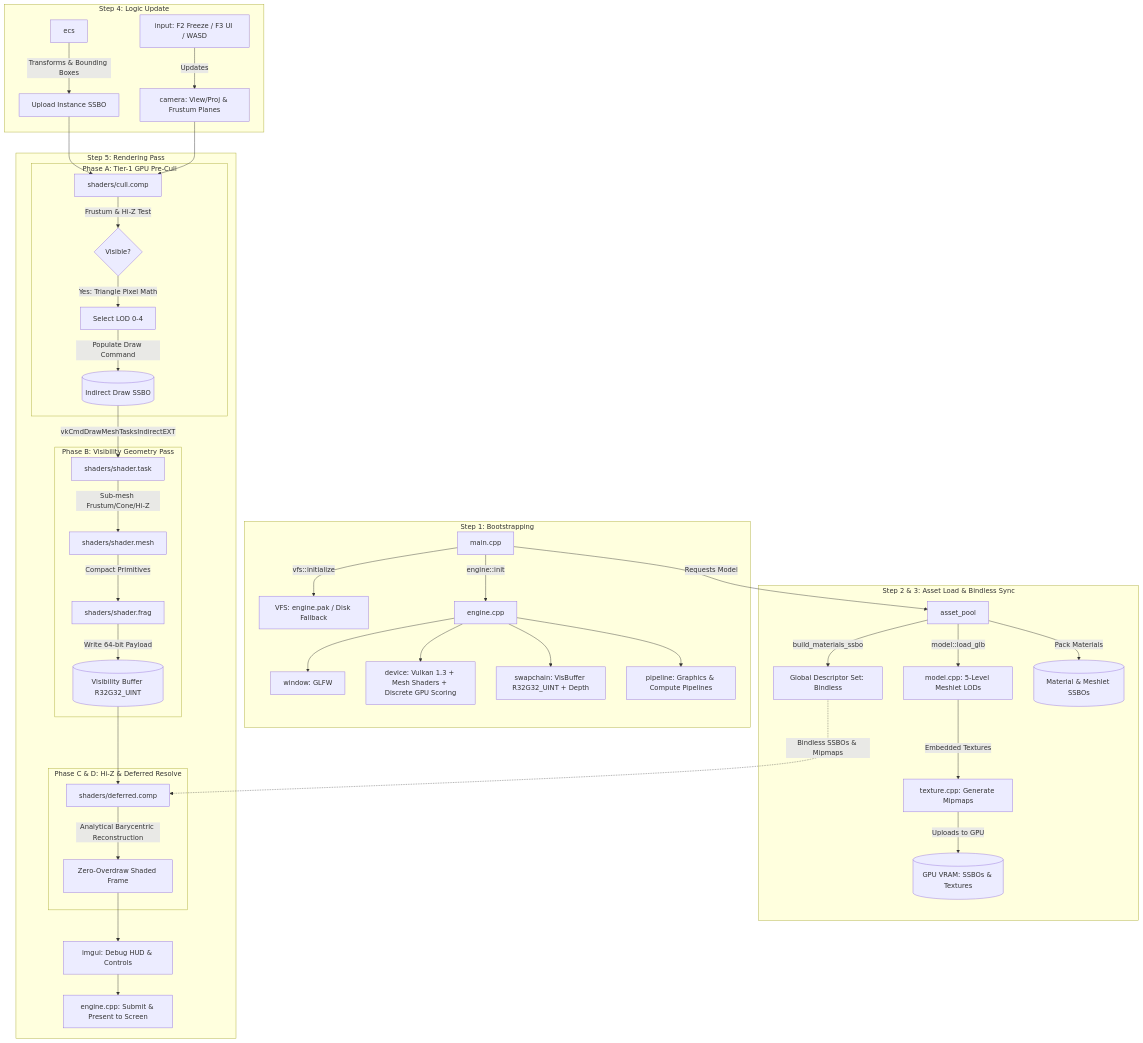
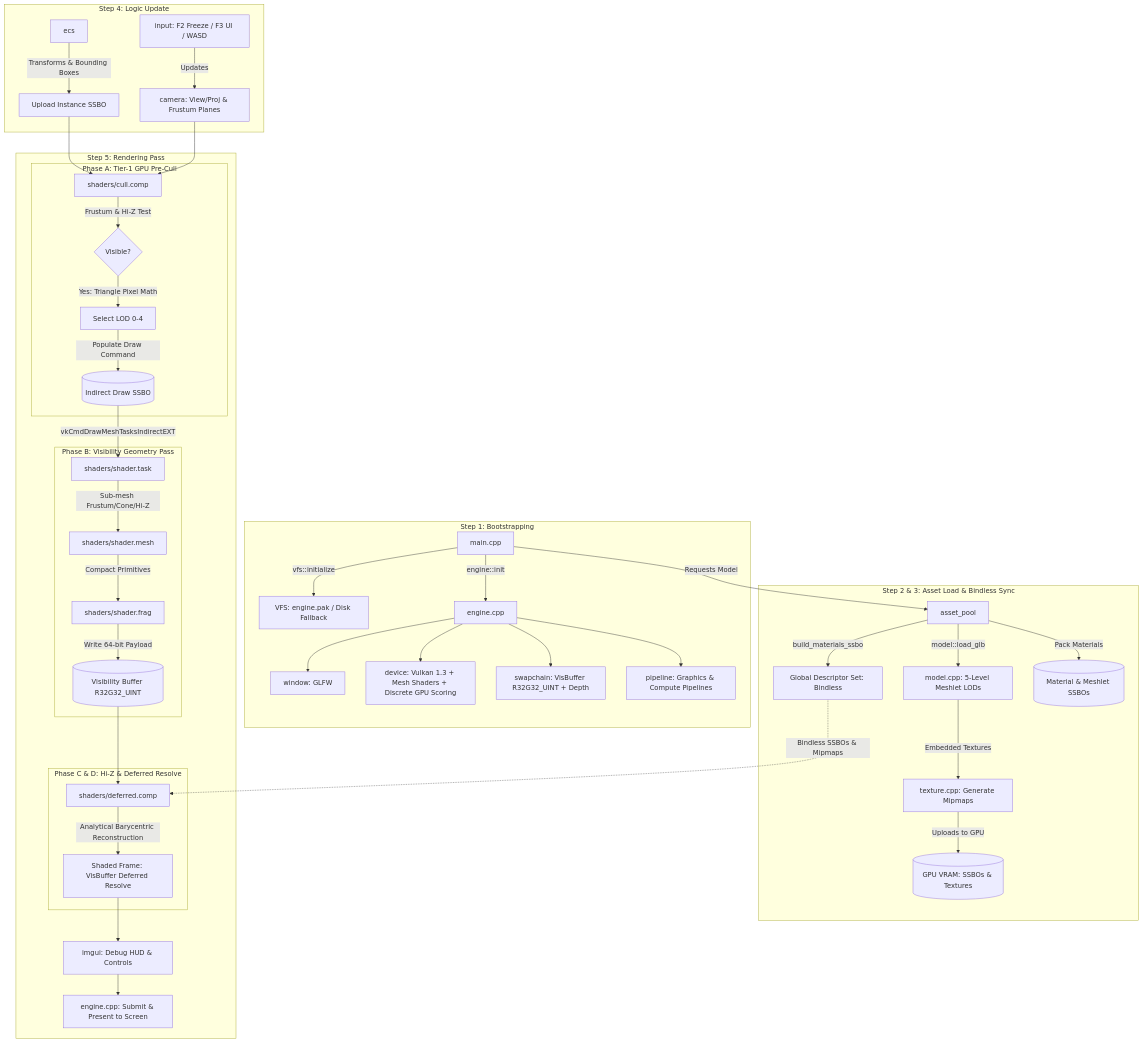
Before and after one commit to maksim-sterkis/MaksimEngine-Showcase: the diagram in flow.md, drawn with Mermaid. The commit also changed 3 other files, not shown here.

````diff
--- a/flow.md
+++ b/flow.md
@@ -1,59 +1,59 @@
 ```mermaid
 graph TD
     %% Step 1
     subgraph Step 1: Bootstrapping
         Main1[main.cpp] -->|vfs::initialize| VFS[VFS: engine.pak / Disk Fallback]
         Main1 -->|engine::init| Engine[engine.cpp]
         Engine --> Win[window: GLFW]
         Engine --> Dev[device: Vulkan 1.3 + Mesh Shaders + Discrete GPU Scoring]
         Engine --> Swap[swapchain: VisBuffer R32G32_UINT + Depth]
         Engine --> Pipe[pipeline: Graphics & Compute Pipelines]
     end
 
     %% Step 2 & 3
     subgraph Step 2 & 3: Asset Load & Bindless Sync
         Main1 -->|Requests Model| Pool[asset_pool]
         Pool -->|model::load_glb| Mod[model.cpp: 5-Level Meshlet LODs]
         Mod -->|Embedded Textures| Tex[texture.cpp: Generate Mipmaps]
         Tex -->|Uploads to GPU| VRAM[(GPU VRAM: SSBOs & Textures)]
         
         Pool -->|build_materials_ssbo| Desc[Global Descriptor Set: Bindless]
         Pool -->|Pack Materials| SSBO[(Material & Meshlet SSBOs)]
     end
 
     %% Step 4
     subgraph Step 4: Logic Update
         Inp[input: F2 Freeze / F3 UI / WASD] -->|Updates| Cam[camera: View/Proj & Frustum Planes]
         ECS[ecs] -->|Transforms & Bounding Boxes| Instances[Upload Instance SSBO]
     end
 
     %% Step 5
     subgraph Step 5: Rendering Pass
         %% Phase A
         subgraph Phase A: Tier-1 GPU Pre-Cull
             Instances --> CullComp[shaders/cull.comp]
             Cam --> CullComp
             CullComp -->|Frustum & Hi-Z Test| CullDecide{Visible?}
             CullDecide -->|Yes: Triangle Pixel Math| PickLOD[Select LOD 0-4]
             PickLOD -->|Populate Draw Command| IndBuffer[(Indirect Draw SSBO)]
         end
 
         %% Phase B
         subgraph Phase B: Visibility Geometry Pass
             IndBuffer -->|vkCmdDrawMeshTasksIndirectEXT| TaskSh[shaders/shader.task]
             TaskSh -->|Sub-mesh Frustum/Cone/Hi-Z| MeshSh[shaders/shader.mesh]
             MeshSh -->|Compact Primitives| FragSh[shaders/shader.frag]
             FragSh -->|Write 64-bit Payload| VisBuf[(Visibility Buffer R32G32_UINT)]
         end
 
         %% Phase C & D
         subgraph Phase C & D: Hi-Z & Deferred Resolve
             VisBuf --> DefComp[shaders/deferred.comp]
             Desc -.->|Bindless SSBOs & Mipmaps| DefComp
-            DefComp -->|Analytical Barycentric Reconstruction| ZeroOverdraw[Zero-Overdraw Shaded Frame]
+            DefComp -->|Analytical Barycentric Reconstruction| ShadedFrame[Shaded Frame: VisBuffer Deferred Resolve]
         end
 
-        ZeroOverdraw --> UI[imgui: Debug HUD & Controls]
+        ShadedFrame --> UI[imgui: Debug HUD & Controls]
         UI --> Present[engine.cpp: Submit & Present to Screen]
     end
 ```
````
